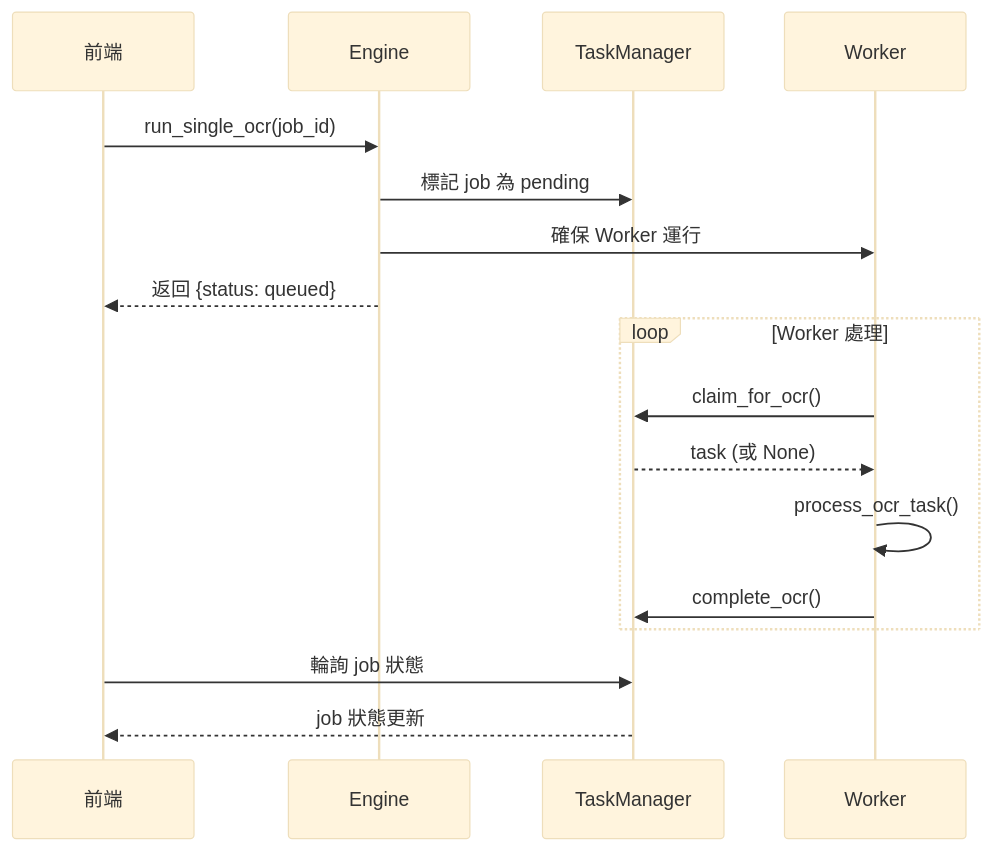
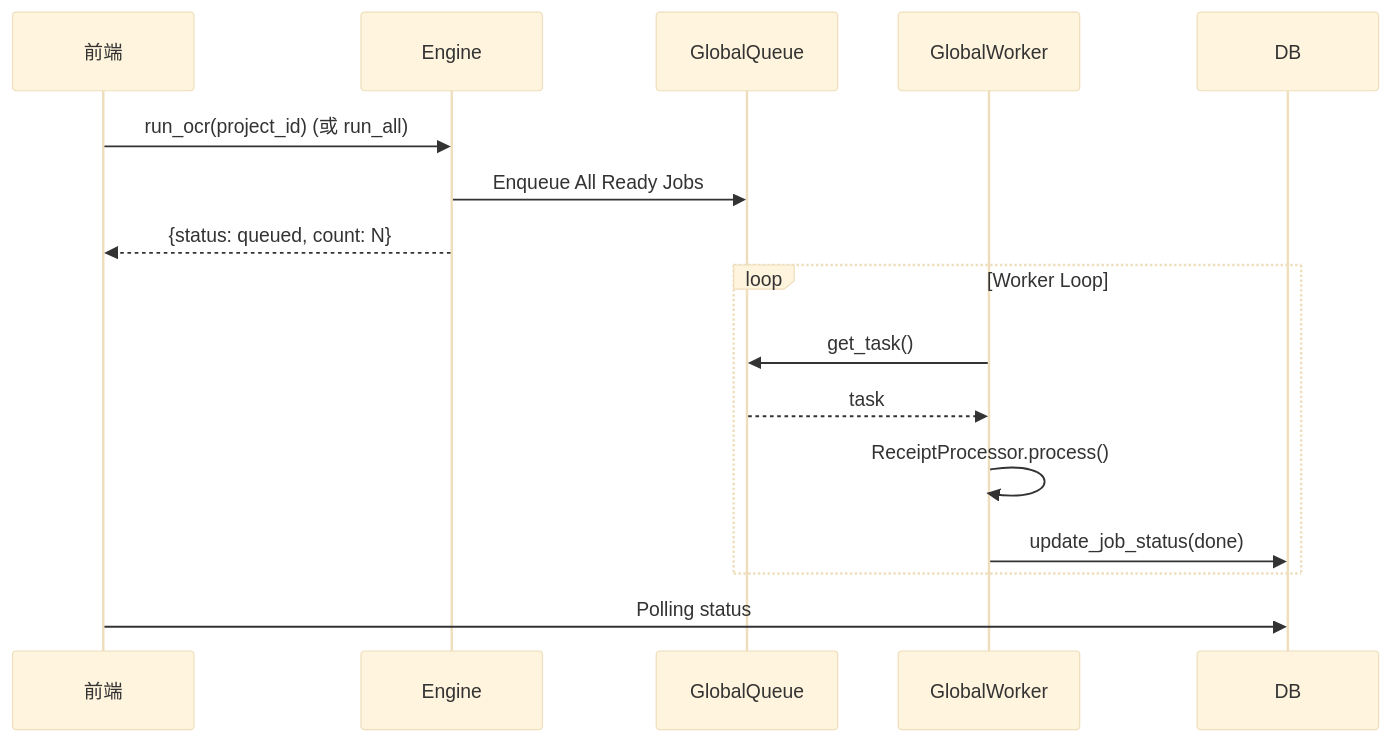
The first of 2 diagrams in docs/backend_architecture.md (Alan2O18/InvoSmart), drawn with Mermaid (base theme) before and after one commit. The commit also changed other lines of this file and 111 other files, not shown here.

````diff
--- a/docs/backend_architecture.md
+++ b/docs/backend_architecture.md
@@ -125,22 +113,20 @@
 ```mermaid
 sequenceDiagram
     participant F as 前端
     participant E as Engine
-    participant TM as TaskManager
-    participant W as Worker
+    participant Q as GlobalQueue
+    participant W as GlobalWorker
     
-    F->>E: run_single_ocr(job_id)
-    E->>TM: 標記 job 為 pending
-    E->>W: 確保 Worker 運行
-    E-->>F: 返回 {status: queued}
+    F->>E: run_ocr(project_id) (或 run_all)
+    E->>Q: Enqueue All Ready Jobs
+    E-->>F: {status: queued, count: N}
     
-    loop Worker 處理
-        W->>TM: claim_for_ocr()
-        TM-->>W: task (或 None)
-        W->>W: process_ocr_task()
-        W->>TM: complete_ocr()
+    loop Worker Loop
+        W->>Q: get_task()
+        Q-->>W: task
+        W->>W: ReceiptProcessor.process()
+        W->>DB: update_job_status(done)
     end
     
-    F->>TM: 輪詢 job 狀態
-    TM-->>F: job 狀態更新
+    F->>DB: Polling status
 ```
````
